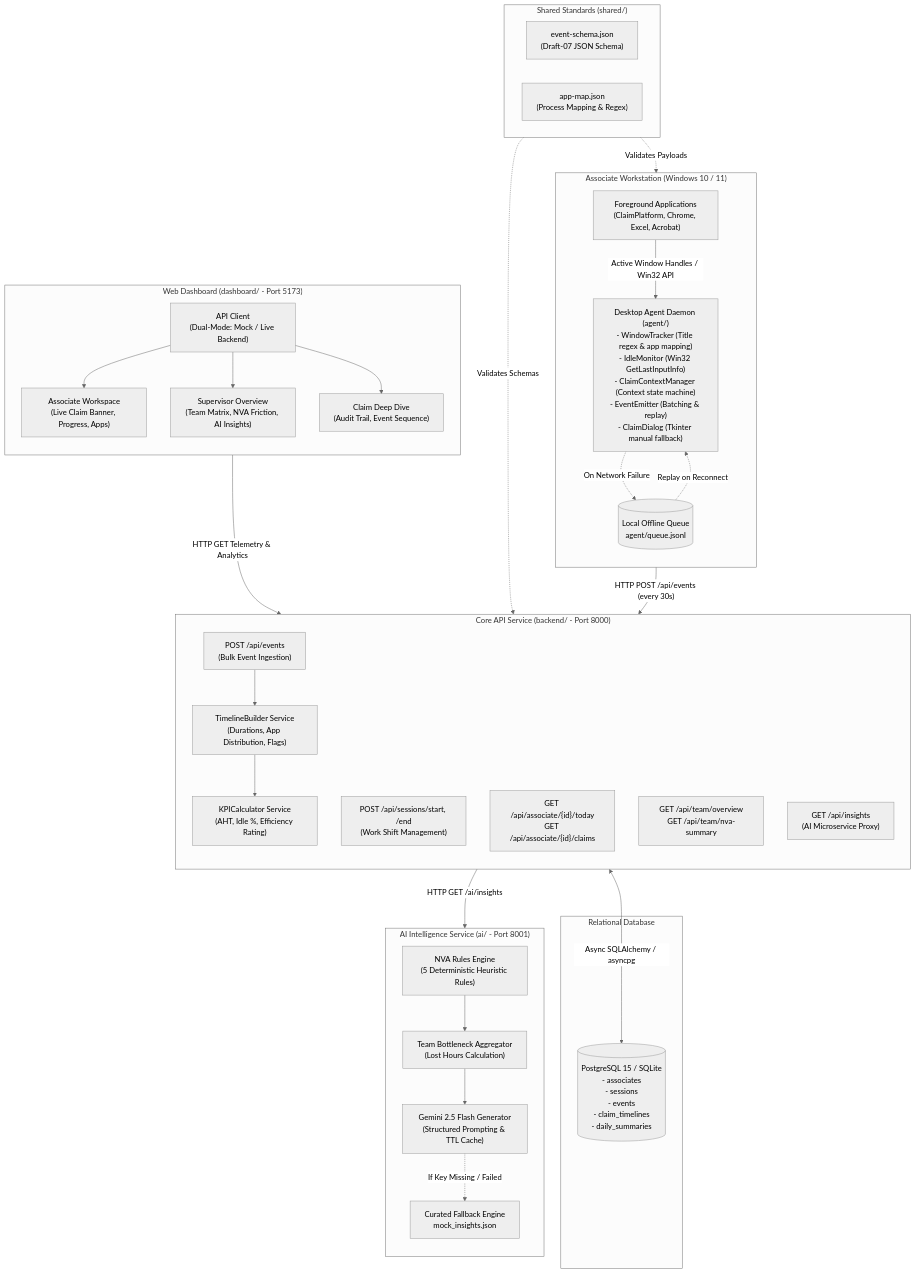
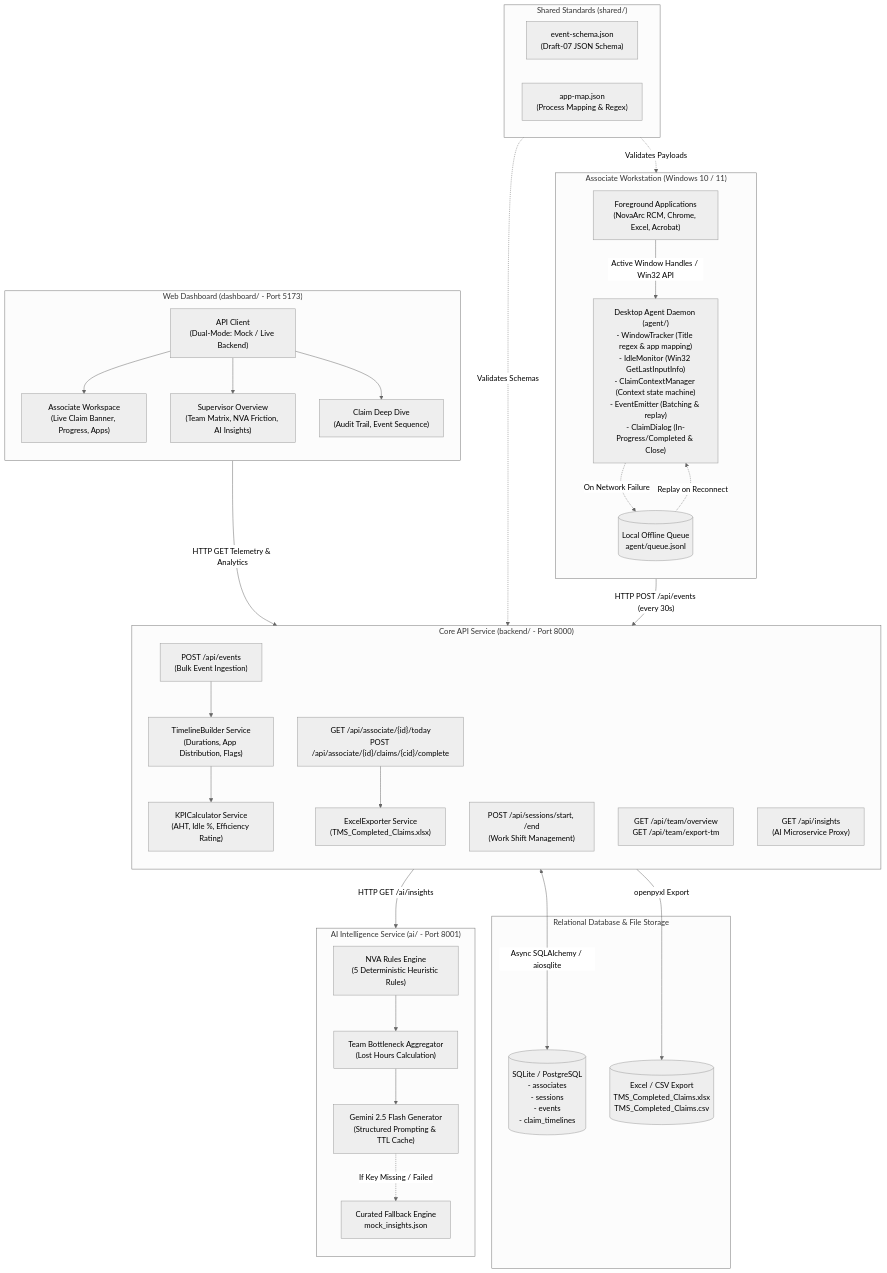
Before and after one commit to Gokul2004-ne/TMS: the second of 3 diagrams in README.md, drawn with Mermaid (neutral theme). The commit also changed other lines of this file and 9 other files, not shown here.

Commit message:
feat: add interactive claim status toggle, close workflow with automated Excel export, and architecture blueprint in README

````diff
--- a/README.md
+++ b/README.md
@@ -33,70 +168,74 @@
 ```mermaid
 flowchart TD
     subgraph ClientDesktop ["Associate Workstation (Windows 10 / 11)"]
         direction TB
-        Apps["Foreground Applications<br/>(ClaimPlatform, Chrome, Excel, Acrobat)"]
-        Agent["Desktop Agent Daemon (agent/)<br/>- WindowTracker (Title regex & app mapping)<br/>- IdleMonitor (Win32 GetLastInputInfo)<br/>- ClaimContextManager (Context state machine)<br/>- EventEmitter (Batching & replay)<br/>- ClaimDialog (Tkinter manual fallback)"]
+        Apps["Foreground Applications<br/>(NovaArc RCM, Chrome, Excel, Acrobat)"]
+        Agent["Desktop Agent Daemon (agent/)<br/>- WindowTracker (Title regex & app mapping)<br/>- IdleMonitor (Win32 GetLastInputInfo)<br/>- ClaimContextManager (Context state machine)<br/>- EventEmitter (Batching & replay)<br/>- ClaimDialog (In-Progress/Completed & Close)"]
         DiskQueue[("Local Offline Queue<br/>agent/queue.jsonl")]
 
         Apps -->|"Active Window Handles / Win32 API"| Agent
         Agent -.->|"On Network Failure"| DiskQueue
         DiskQueue -.->|"Replay on Reconnect"| Agent
     end
 
     subgraph Contracts ["Shared Standards (shared/)"]
         EventSchema["event-schema.json<br/>(Draft-07 JSON Schema)"]
         AppMap["app-map.json<br/>(Process Mapping & Regex)"]
     end
 
     subgraph CoreBackend ["Core API Service (backend/ - Port 8000)"]
         direction TB
         IngestRoute["POST /api/events<br/>(Bulk Event Ingestion)"]
         SessionRoute["POST /api/sessions/start, /end<br/>(Work Shift Management)"]
-        AssociateRoute["GET /api/associate/{id}/today<br/>GET /api/associate/{id}/claims"]
-        TeamRoute["GET /api/team/overview<br/>GET /api/team/nva-summary"]
+        AssociateRoute["GET /api/associate/{id}/today<br/>POST /api/associate/{id}/claims/{cid}/complete"]
+        TeamRoute["GET /api/team/overview<br/>GET /api/team/export-tm"]
         ProxyRoute["GET /api/insights<br/>(AI Microservice Proxy)"]
 
         TimelineService["TimelineBuilder Service<br/>(Durations, App Distribution, Flags)"]
         KPIService["KPICalculator Service<br/>(AHT, Idle %, Efficiency Rating)"]
+        ExcelService["ExcelExporter Service<br/>(TMS_Completed_Claims.xlsx)"]
 
         IngestRoute --> TimelineService
         TimelineService --> KPIService
+        AssociateRoute --> ExcelService
     end
 
-    subgraph Persistence ["Relational Database"]
-        DB[("PostgreSQL 15 / SQLite<br/>- associates<br/>- sessions<br/>- events<br/>- claim_timelines<br/>- daily_summaries")]
+    subgraph Persistence ["Relational Database & File Storage"]
+        DB[("SQLite / PostgreSQL<br/>- associates<br/>- sessions<br/>- events<br/>- claim_timelines")]
+        ExcelFile[("Excel / CSV Export<br/>TMS_Completed_Claims.xlsx<br/>TMS_Completed_Claims.csv")]
     end
 
     subgraph AIService ["AI Intelligence Service (ai/ - Port 8001)"]
         direction TB
         NVAEngine["NVA Rules Engine<br/>(5 Deterministic Heuristic Rules)"]
         Aggregator["Team Bottleneck Aggregator<br/>(Lost Hours Calculation)"]
         GeminiEngine["Gemini 2.5 Flash Generator<br/>(Structured Prompting & TTL Cache)"]
         Fallback["Curated Fallback Engine<br/>mock_insights.json"]
 
         NVAEngine --> Aggregator
         Aggregator --> GeminiEngine
         GeminiEngine -.->|"If Key Missing / Failed"| Fallback
     end
 
     subgraph FrontendApp ["Web Dashboard (dashboard/ - Port 5173)"]
         direction TB
         APIClient["API Client<br/>(Dual-Mode: Mock / Live Backend)"]
         AssocWorkspace["Associate Workspace<br/>(Live Claim Banner, Progress, Apps)"]
         SupervisorView["Supervisor Overview<br/>(Team Matrix, NVA Friction, AI Insights)"]
         ClaimDeepDive["Claim Deep Dive<br/>(Audit Trail, Event Sequence)"]
 
         APIClient --> AssocWorkspace
         APIClient --> SupervisorView
         APIClient --> ClaimDeepDive
     end
 
     %% Network & Data Interconnections
     Agent -->|"HTTP POST /api/events (every 30s)"| IngestRoute
-    CoreBackend <-->|"Async SQLAlchemy / asyncpg"| DB
+    CoreBackend <-->|"Async SQLAlchemy / aiosqlite"| DB
+    ExcelService -->|"openpyxl Export"| ExcelFile
     ProxyRoute -->|"HTTP GET /ai/insights"| AIService
     FrontendApp -->|"HTTP GET Telemetry & Analytics"| CoreBackend
 
     Contracts -.->|"Validates Payloads"| Agent
     Contracts -.->|"Validates Schemas"| CoreBackend
 ```
````
